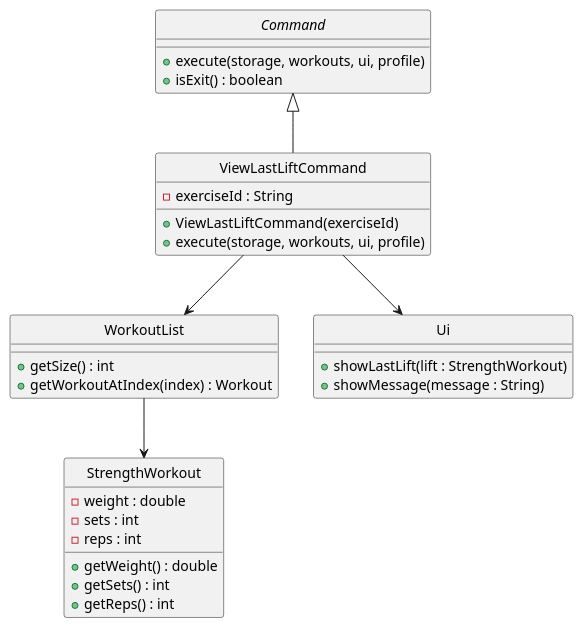
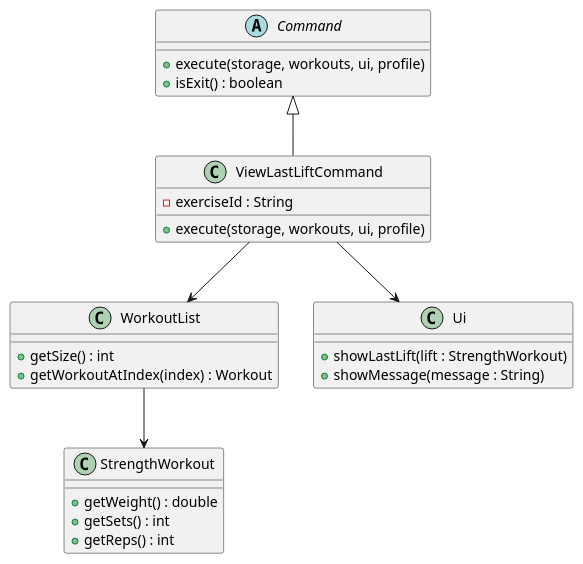
One commit to Daniel-czj/tp changed the diagram in docs/diagrams/ViewLastLiftClassDiagram.puml. Above: the diagram before and after it, drawn with PlantUML. The commit also changed 11 other files, not shown here.

Commit message:
Fix sequence diagram feedback: simplify nesting and fix toFileFormat() caller

```diff
--- a/docs/diagrams/ViewLastLiftClassDiagram.puml
+++ b/docs/diagrams/ViewLastLiftClassDiagram.puml
@@ -1,37 +1,32 @@
 @startuml
-hide circle
 abstract class Command {
     +execute(storage, workouts, ui, profile)
     +isExit() : boolean
 }
 
 class ViewLastLiftCommand {
     -exerciseId : String
-    +ViewLastLiftCommand(exerciseId)
     +execute(storage, workouts, ui, profile)
 }
 
 class WorkoutList {
     +getSize() : int
     +getWorkoutAtIndex(index) : Workout
 }
 
 class StrengthWorkout {
-    -weight : double
-    -sets : int
-    -reps : int
     +getWeight() : double
     +getSets() : int
     +getReps() : int
 }
 
 class Ui {
     +showLastLift(lift : StrengthWorkout)
     +showMessage(message : String)
 }
 
 Command <|-- ViewLastLiftCommand
 ViewLastLiftCommand --> WorkoutList
 ViewLastLiftCommand --> Ui
 WorkoutList --> StrengthWorkout
 @enduml
```
